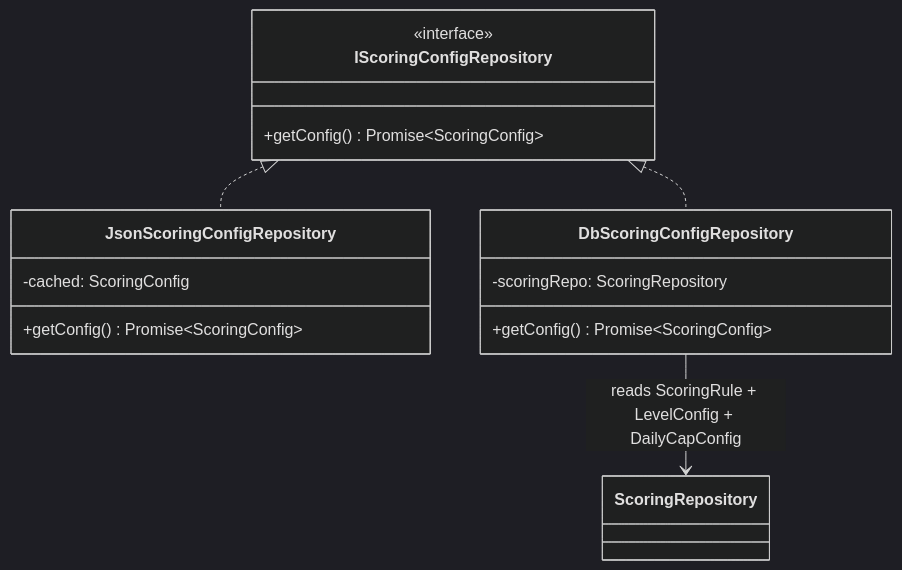
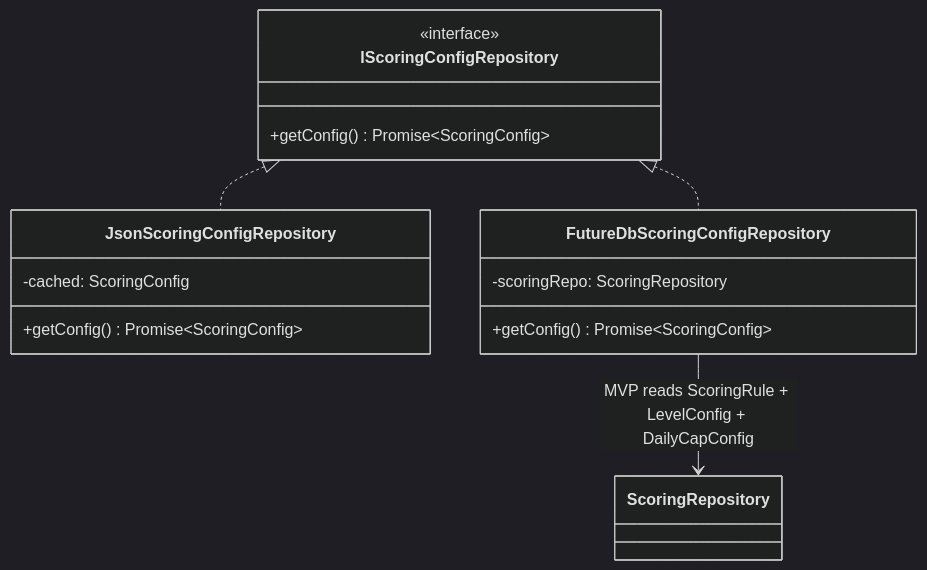
One commit to dinyangetoh/gamified-sales-crm changed the fifth of 15 diagrams in docs/SYSTEM_DESIGN.md. Above: the diagram before and after it, drawn with Mermaid (dark theme). The commit also changed other lines of this file and 45 other files, not shown here.

````diff
--- a/docs/SYSTEM_DESIGN.md
+++ b/docs/SYSTEM_DESIGN.md
@@ -297,21 +297,21 @@
 ```mermaid
 classDiagram
     class IScoringConfigRepository {
         <<interface>>
         +getConfig() Promise~ScoringConfig~
     }
 
     class JsonScoringConfigRepository {
         -cached: ScoringConfig
         +getConfig() Promise~ScoringConfig~
     }
 
-    class DbScoringConfigRepository {
+    class FutureDbScoringConfigRepository {
         -scoringRepo: ScoringRepository
         +getConfig() Promise~ScoringConfig~
     }
 
     IScoringConfigRepository <|.. JsonScoringConfigRepository
-    IScoringConfigRepository <|.. DbScoringConfigRepository
-    DbScoringConfigRepository --> ScoringRepository : reads ScoringRule + LevelConfig + DailyCapConfig
+    IScoringConfigRepository <|.. FutureDbScoringConfigRepository
+    FutureDbScoringConfigRepository --> ScoringRepository : MVP reads ScoringRule + LevelConfig + DailyCapConfig
 ```
````
